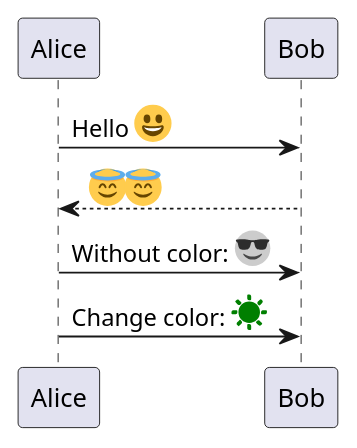
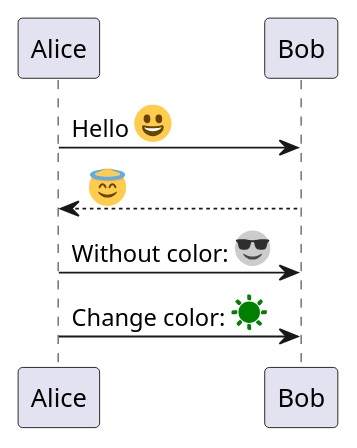
Before and after one commit to cwkwan/plantuml-test: the third of 3 diagrams in test2.md, drawn with PlantUML.

````diff
--- a/test2.md
+++ b/test2.md
@@ -21,8 +21,8 @@
 ```plantuml
 @startuml
 Alice -> Bob : Hello <:1f600:>
-return <:innocent:><:innocent:>
+return <:innocent:>
 Alice -> Bob : Without color: <#0:sunglasses:>
 Alice -> Bob : Change color: <#green:sunny:>
 @enduml
 ```
````
